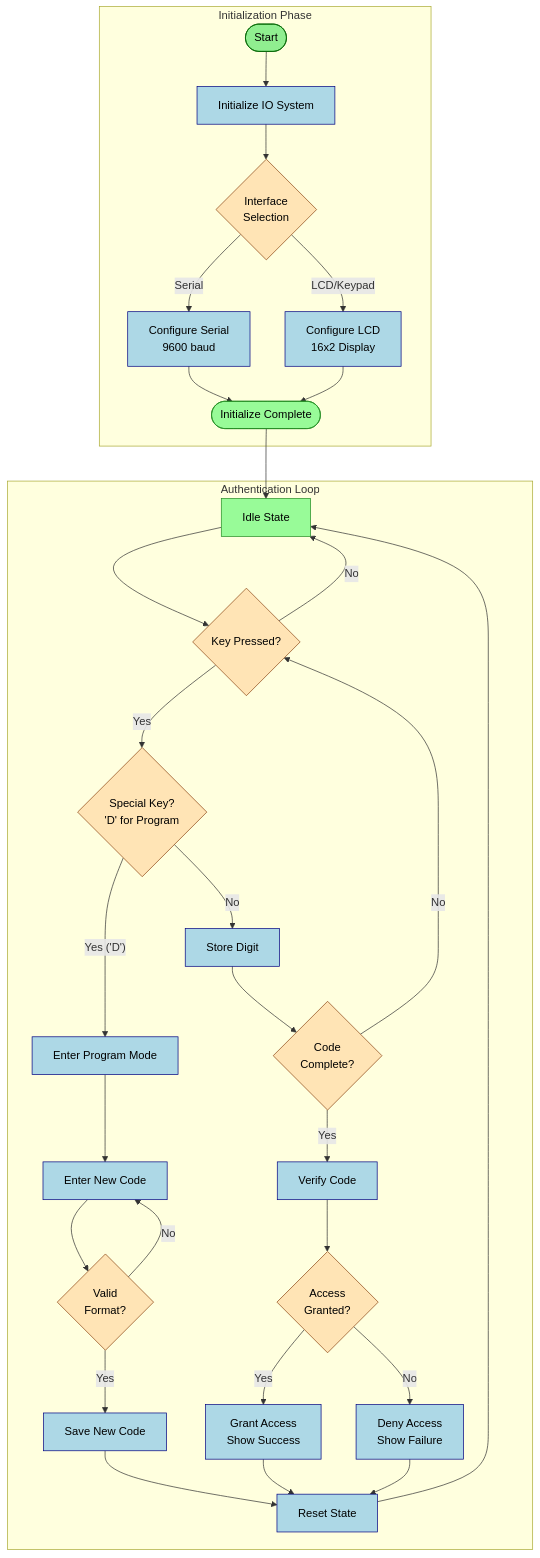
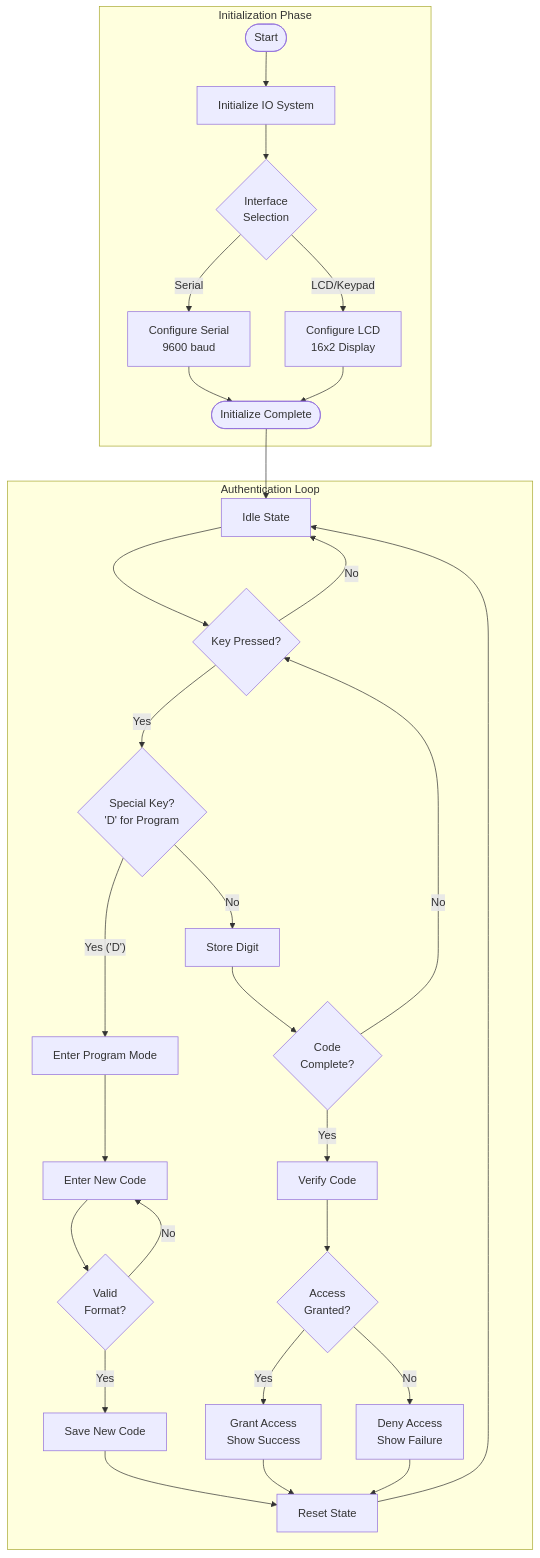
One commit to huntrese/Embedded_systems changed the sixth of 6 diagrams in README.md. Above: the diagram before and after it, drawn with Mermaid. The commit also changed other lines of this file, not shown here.

````diff
--- a/README.md
+++ b/README.md
@@ -695,52 +691,43 @@
 ```mermaid
 flowchart TD
     subgraph Init["Initialization Phase"]
         Start([Start]) --> IOInit["Initialize IO System"]
         IOInit --> ModeSelect{"Interface<br/>Selection"}
         ModeSelect -->|"Serial"| SerialConfig["Configure Serial<br/>9600 baud"]
         ModeSelect -->|"LCD/Keypad"| LCDConfig["Configure LCD<br/>16x2 Display"]
         SerialConfig --> InitEnd([Initialize Complete])
         LCDConfig --> InitEnd
     end
     
     subgraph AuthLoop["Authentication Loop"]
         InitEnd --> IdleState["Idle State"]
         
         IdleState --> KeyDetect{"Key Pressed?"}
         KeyDetect -->|"No"| IdleState
         
         KeyDetect -->|"Yes"| KeyCode{"Special Key?<br/>'D' for Program"}
         KeyCode -->|"Yes ('D')"| ProgramMode["Enter Program Mode"]
         KeyCode -->|"No"| StoreCode["Store Digit"]
         
         StoreCode --> Complete{"Code<br/>Complete?"}
         Complete -->|"No"| KeyDetect
         Complete -->|"Yes"| Verify["Verify Code"]
         
         Verify --> Access{"Access<br/>Granted?"}
         Access -->|"Yes"| GrantAccess["Grant Access<br/>Show Success"]
         Access -->|"No"| DenyAccess["Deny Access<br/>Show Failure"]
         
         GrantAccess --> ResetState["Reset State"]
         DenyAccess --> ResetState
         
         ProgramMode --> NewCode["Enter New Code"]
         NewCode --> Validate{"Valid<br/>Format?"}
         Validate -->|"Yes"| SaveCode["Save New Code"]
         Validate -->|"No"| NewCode
         
         SaveCode --> ResetState
         ResetState --> IdleState
     end
     
-    %% Styling
-    classDef process fill:#ADD8E6,stroke:#000080,color:#000000
-    classDef decision fill:#FFE4B5,stroke:#8B4513,color:#000000
-    classDef state fill:#98FB98,stroke:#228B22,color:#000000
-    classDef terminal fill:#90EE90,stroke:#006400,color:#000000
-    
-    class IOInit,SerialConfig,LCDConfig,ProgramMode,StoreCode,Verify,GrantAccess,DenyAccess,NewCode,SaveCode,ResetState process
-    class ModeSelect,KeyDetect,KeyCode,Complete,Access,Validate decision
-    class IdleState,InitEnd state
-    class Start terminal
+
 ```
````
